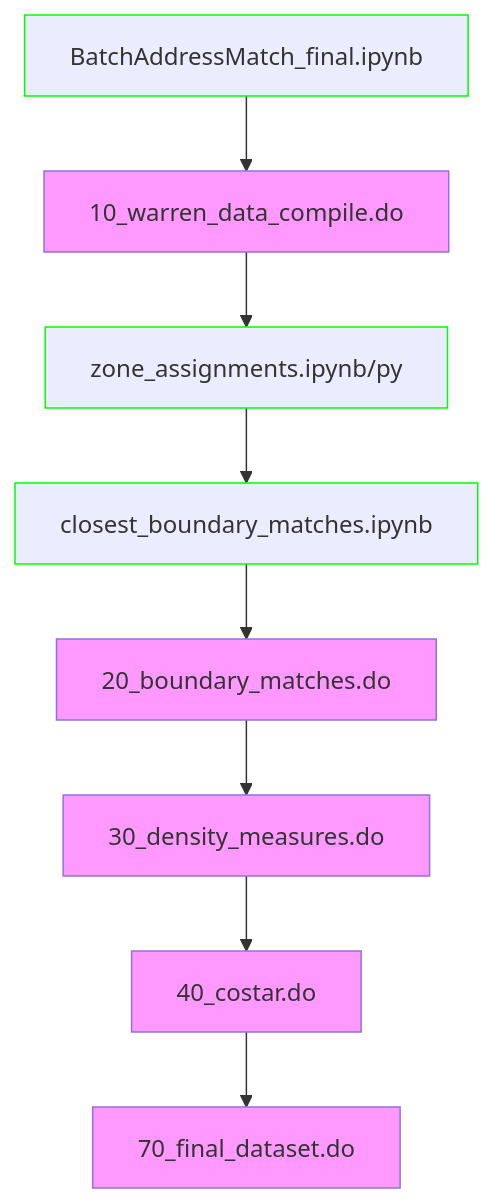
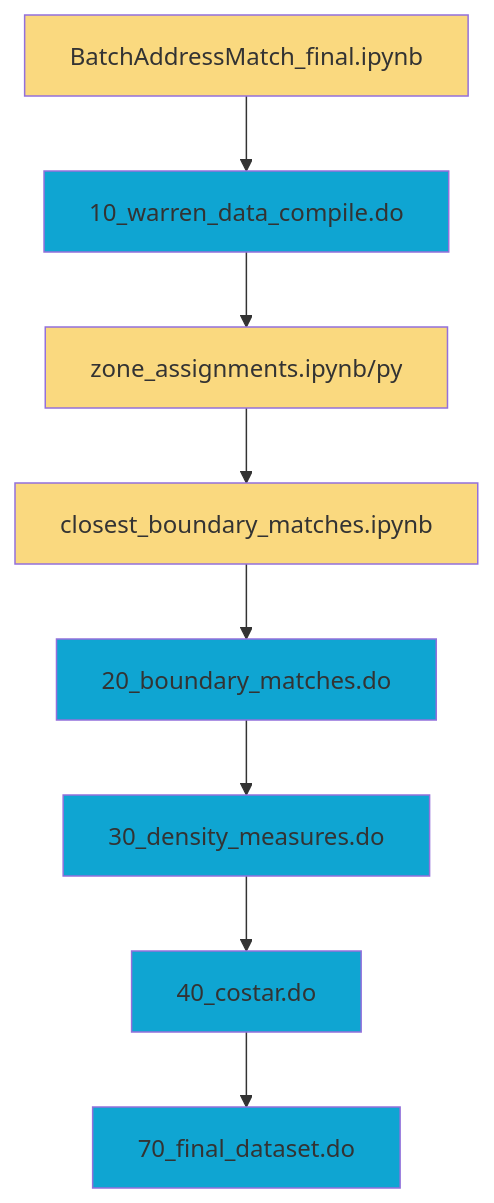
One commit to nchiumenti/boston_zoning changed the first of 5 diagrams in code/data_setup/README.md. Above: the diagram before and after it, drawn with Mermaid.

````diff
--- a/code/data_setup/README.md
+++ b/code/data_setup/README.md
@@ -7,9 +7,9 @@
 ```mermaid
 flowchart TD
-    classDef do fill:#f9f
-    classDef py stroke:#0f0
+    classDef do fill:#0fa5d2
+    classDef py fill:#fad97f
     10_warren_data_compile.do:::do --> zone_assignments.ipynb/py:::py --> closest_boundary_matches.ipynb:::py --> 20_boundary_matches.do:::do --> 30_density_measures.do:::do --> 40_costar.do:::do --> 70_final_dataset.do:::do
 
 BatchAddressMatch_final.ipynb:::py --> 10_warren_data_compile.do:::do
 
 ```
````
